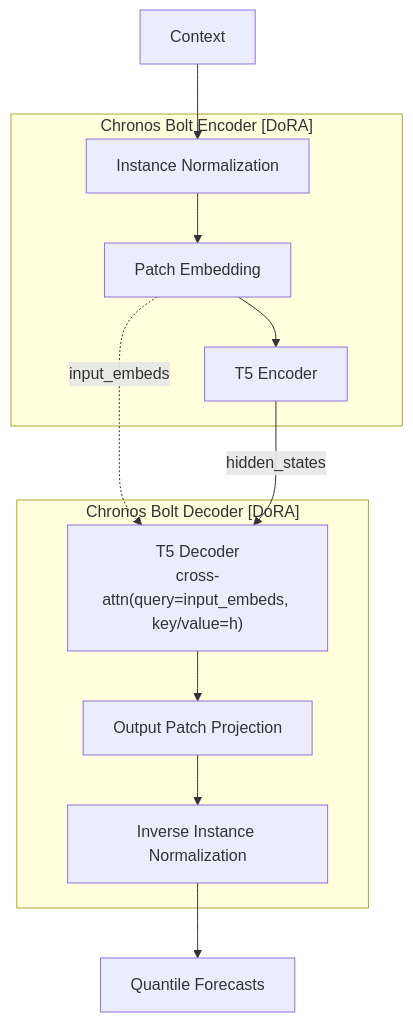
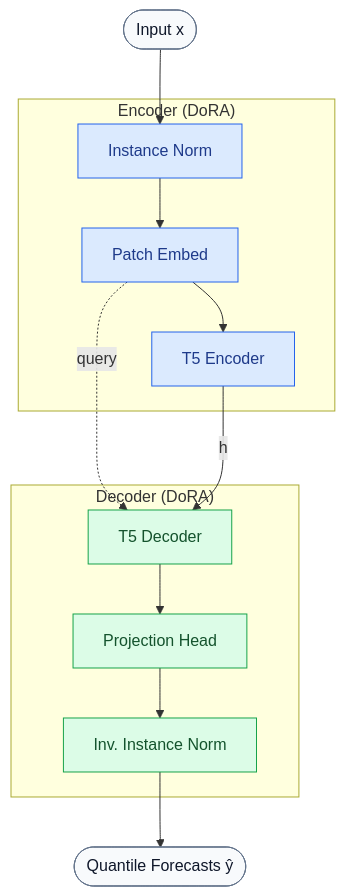
One commit to dmainf/JIMA_datacomp2025 changed the diagram in chronos_predict/architecture.mmd. Above: the diagram before and after it, drawn with Mermaid. The commit also changed 7 other files, not shown here.

Commit message:
modify mermaid

```diff
--- a/chronos_predict/architecture.mmd
+++ b/chronos_predict/architecture.mmd
@@ -1,19 +1,29 @@
 flowchart TB
-    ctx["Context"]
+    classDef io     fill:#f8fafc,stroke:#64748b,color:#0f172a
+    classDef enc    fill:#dbeafe,stroke:#2563eb,color:#1e3a8a
+    classDef dec    fill:#dcfce7,stroke:#16a34a,color:#14532d
 
-    subgraph ENC["Chronos Bolt Encoder  [DoRA]"]
-        inorm["Instance Normalization"]
-        patch["Patch Embedding"]
-        t5enc["T5 Encoder"]
+    x(["Input  x"])
+
+    subgraph ENC["Encoder  (DoRA)"]
+        inorm["Instance Norm"]
+        patch["Patch Embed"]
+        t5e["T5 Encoder"]
+        inorm --> patch --> t5e
     end
 
-    subgraph DEC["Chronos Bolt Decoder  [DoRA]"]
-        t5dec["T5 Decoder\ncross-attn(query=input_embeds, key/value=h)"]
-        outproj["Output Patch Projection"]
-        invnorm["Inverse Instance Normalization"]
+    subgraph DEC["Decoder  (DoRA)"]
+        t5d["T5 Decoder"]
+        proj["Projection Head"]
+        invn["Inv. Instance Norm"]
+        t5d --> proj --> invn
     end
 
-    ctx --> inorm --> patch --> t5enc
-    patch -. "input_embeds" .-> t5dec
-    t5enc -- "hidden_states" --> t5dec
-    t5dec --> outproj --> invnorm --> out["Quantile Forecasts"]
+    x --> inorm
+    patch -. "query" .-> t5d
+    t5e -- "h" --> t5d
+    invn --> y(["Quantile Forecasts  ŷ"])
+
+    class x,y io
+    class inorm,patch,t5e enc
+    class t5d,proj,invn dec
```
